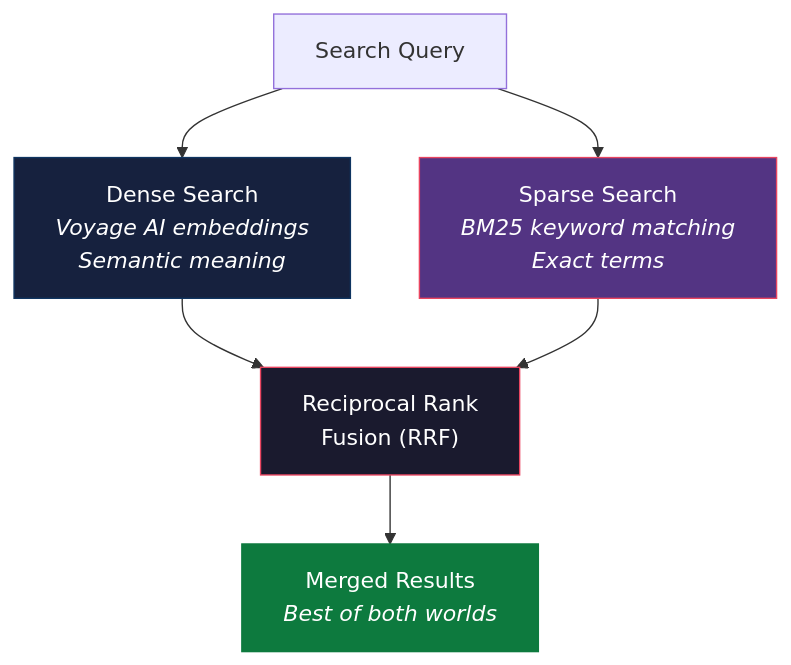
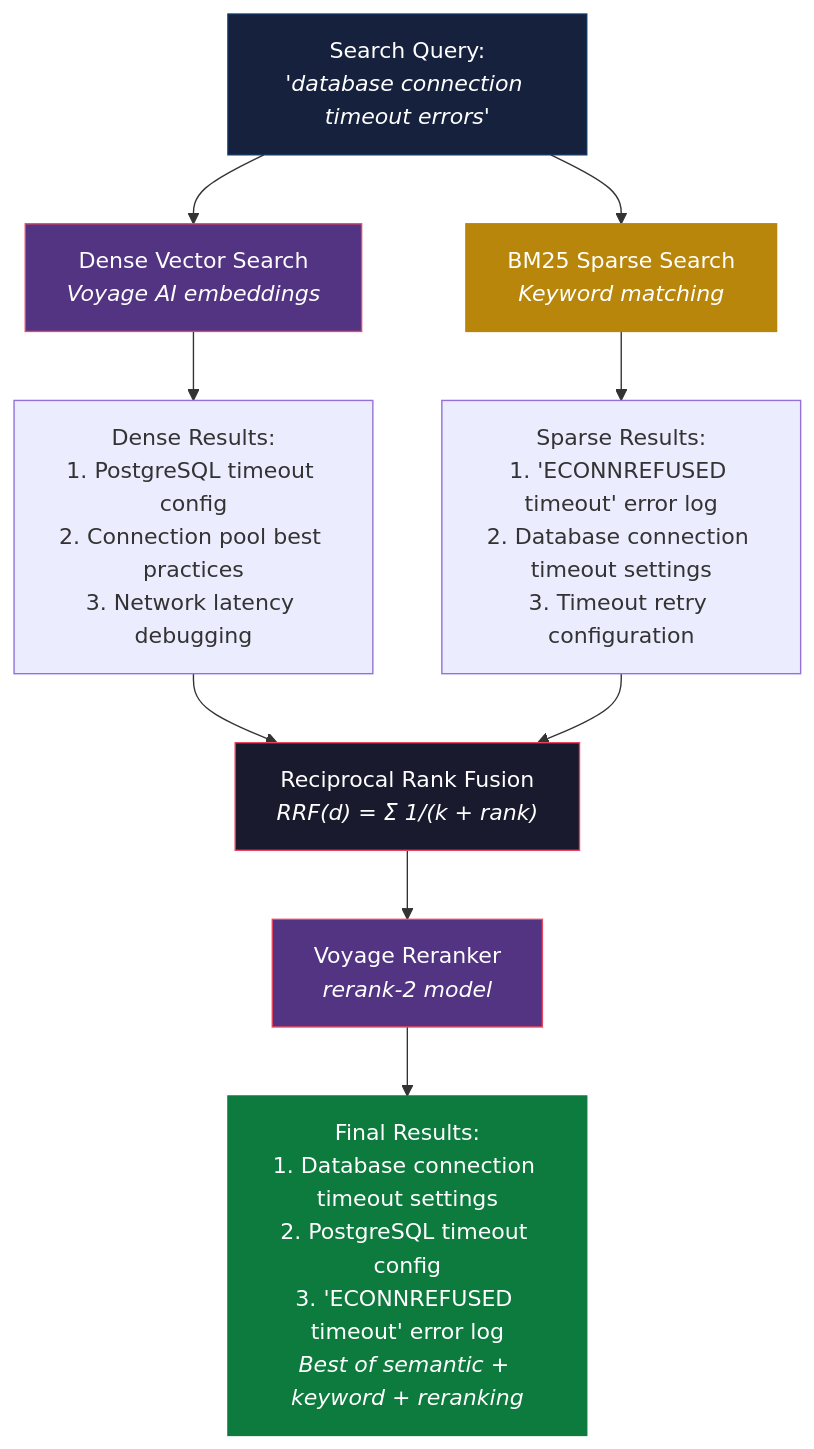
The sixth of 10 diagrams in README.md (TC407-api/titan-memory), drawn with Mermaid before and after one commit. The commit also changed other lines of this file and 30 other files, not shown here.

````diff
--- a/README.md
+++ b/README.md
@@ -242,15 +283,25 @@
 ```mermaid
 graph TD
-    Q["Search Query"] --> D["Dense Search<br/><i>Voyage AI embeddings<br/>Semantic meaning</i>"]
-    Q --> S["Sparse Search<br/><i>BM25 keyword matching<br/>Exact terms</i>"]
+    Q["Search Query:<br/><i>'database connection timeout errors'</i>"]
 
-    D --> RRF["Reciprocal Rank<br/>Fusion (RRF)"]
-    S --> RRF
+    Q --> DENSE["Dense Vector Search<br/><i>Voyage AI embeddings</i>"]
+    Q --> SPARSE["BM25 Sparse Search<br/><i>Keyword matching</i>"]
 
-    RRF --> R["Merged Results<br/><i>Best of both worlds</i>"]
+    DENSE --> DR["Dense Results:<br/>1. PostgreSQL timeout config<br/>2. Connection pool best practices<br/>3. Network latency debugging"]
 
-    style D fill:#16213e,stroke:#0f3460,color:#fff
-    style S fill:#533483,stroke:#e94560,color:#fff
+    SPARSE --> SR["Sparse Results:<br/>1. 'ECONNREFUSED timeout' error log<br/>2. Database connection timeout settings<br/>3. Timeout retry configuration"]
+
+    DR --> RRF["Reciprocal Rank Fusion<br/><i>RRF(d) = Σ 1/(k + rank)</i>"]
+    SR --> RRF
+
+    RRF --> VR["Voyage Reranker<br/><i>rerank-2 model</i>"]
+
+    VR --> MERGED["Final Results:<br/>1. Database connection timeout settings<br/>2. PostgreSQL timeout config<br/>3. 'ECONNREFUSED timeout' error log<br/><i>Best of semantic + keyword + reranking</i>"]
+
+    style Q fill:#16213e,stroke:#0f3460,color:#fff
+    style DENSE fill:#533483,stroke:#e94560,color:#fff
+    style SPARSE fill:#b8860b,stroke:#b8860b,color:#fff
     style RRF fill:#1a1a2e,stroke:#e94560,color:#fff
-    style R fill:#0d7a3e,stroke:#0d7a3e,color:#fff
+    style VR fill:#533483,stroke:#e94560,color:#fff
+    style MERGED fill:#0d7a3e,stroke:#0d7a3e,color:#fff
 ```
````
